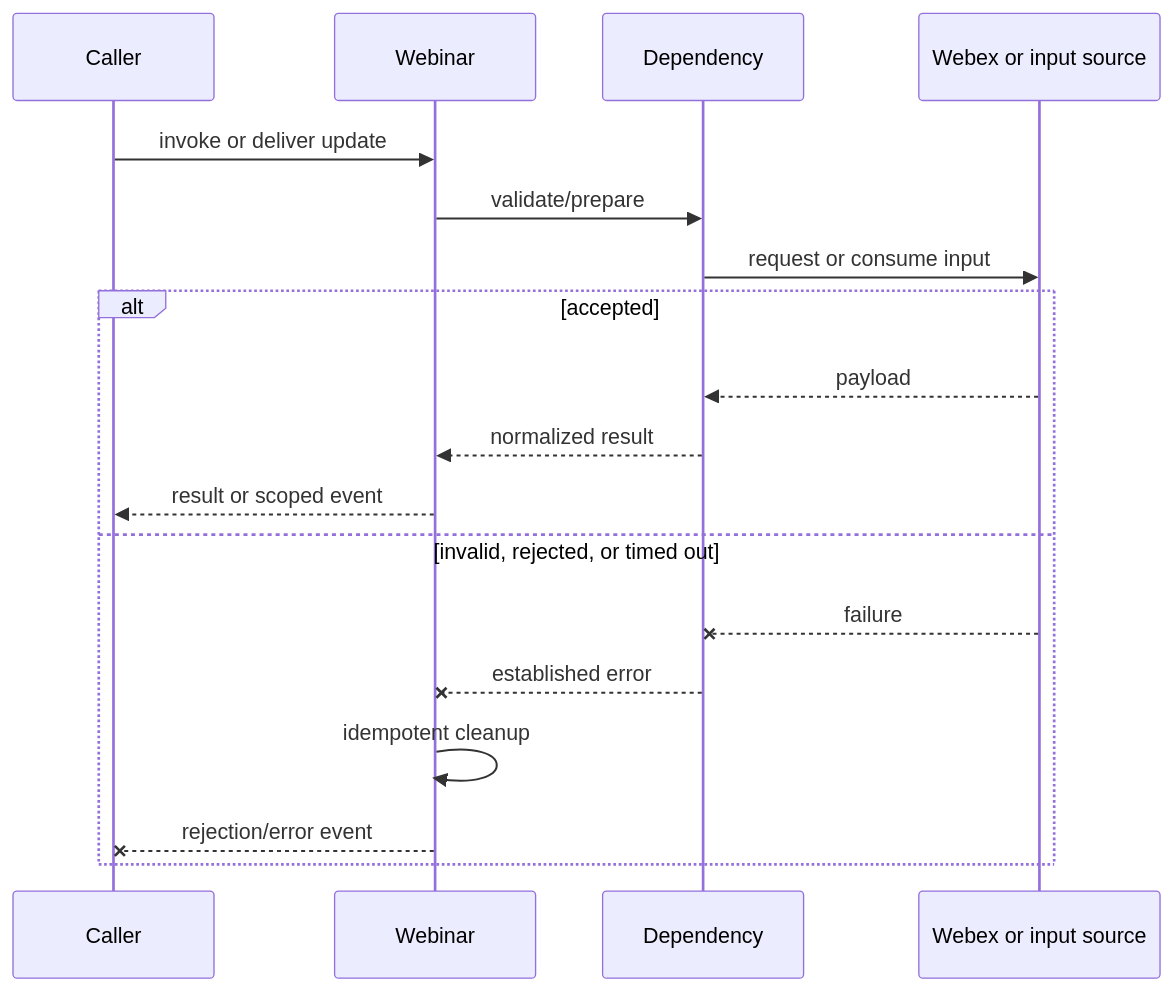
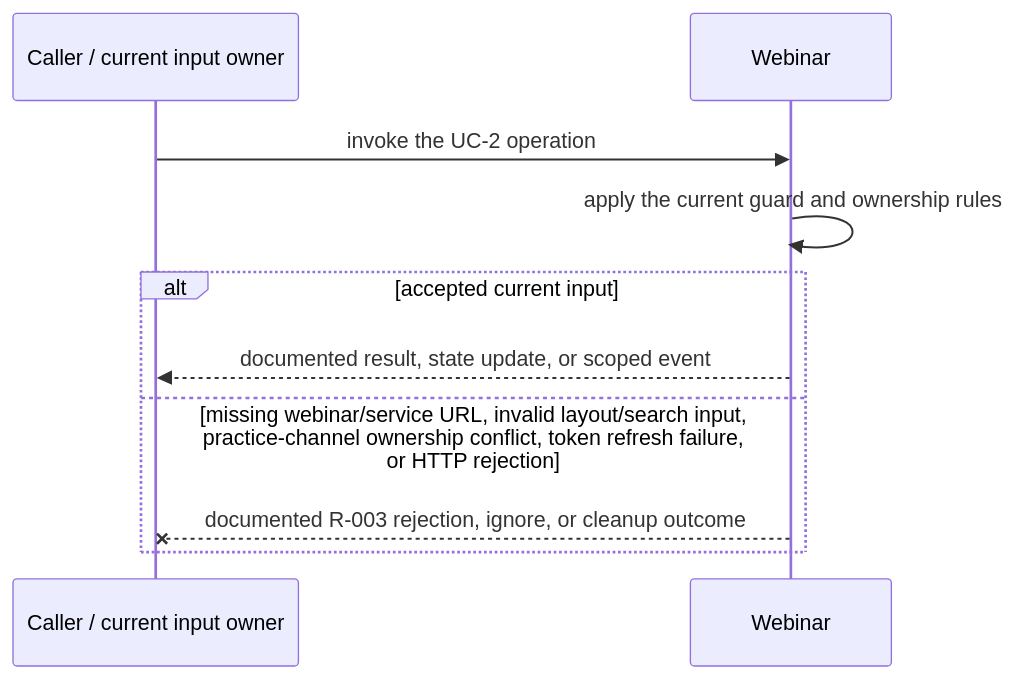
One commit to webex/webex-js-sdk changed the third of 5 diagrams in packages/@webex/plugin-meetings/src/webinar/ai-docs/webinar-spec.md. Above: the diagram before and after it, drawn with Mermaid. The commit also changed other lines of this file and 26 other files, not shown here.

````diff
--- a/packages/@webex/plugin-meetings/src/webinar/ai-docs/webinar-spec.md
+++ b/packages/@webex/plugin-meetings/src/webinar/ai-docs/webinar-spec.md
@@ -122,20 +140,12 @@
 ```mermaid
 sequenceDiagram
-  participant C as Caller
+  participant C as Caller / current input owner
   participant M as Webinar
-  participant D as Dependency
-  participant W as Webex or input source
-  C->>M: invoke or deliver update
-  M->>D: validate/prepare
-  D->>W: request or consume input
-  alt accepted
-    W-->>D: payload
-    D-->>M: normalized result
-    M-->>C: result or scoped event
-  else invalid, rejected, or timed out
-    W--xD: failure
-    D--xM: established error
-    M->>M: idempotent cleanup
-    M--xC: rejection/error event
+  C->>M: invoke the UC-2 operation
+  M->>M: apply the current guard and ownership rules
+  alt accepted current input
+    M-->>C: documented result, state update, or scoped event
+  else missing webinar/service URL, invalid layout/search input, practice-channel ownership conflict, token refresh failure, or HTTP rejection
+    M--xC: documented R-003 rejection, ignore, or cleanup outcome
   end
 ```
````
